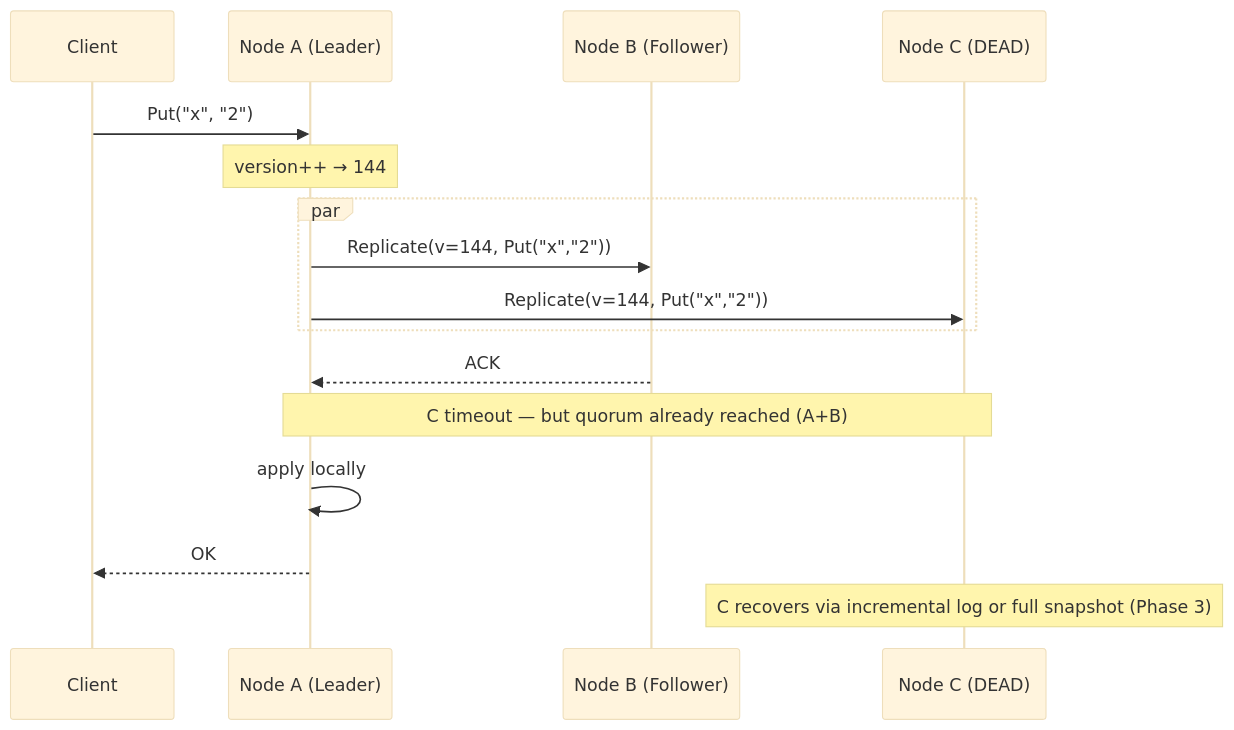
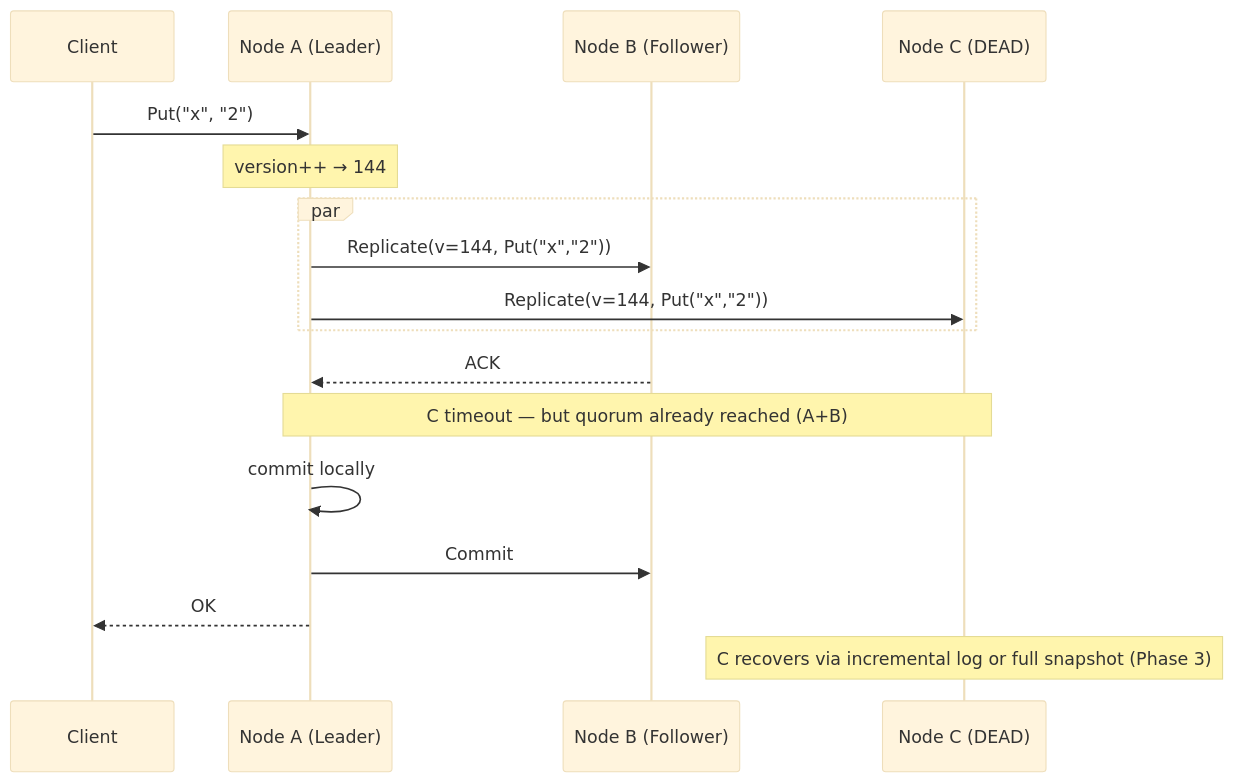
The second of 9 diagrams in docs/replication.md (davecarr1024/doki), drawn with Mermaid (base theme) before and after one commit. The commit also changed other lines of this file and 1 other file, not shown here.

Commit message:
Document append/commit replication

````diff
--- a/docs/replication.md
+++ b/docs/replication.md
@@ -65,24 +70,25 @@
 ```mermaid
 sequenceDiagram
     participant CL as Client
     participant A as Node A (Leader)
     participant B as Node B (Follower)
     participant C as Node C (DEAD)
 
     CL->>A: Put("x", "2")
     note over A: version++ → 144
 
     par
         A->>B: Replicate(v=144, Put("x","2"))
         A->>C: Replicate(v=144, Put("x","2"))
     end
 
     B-->>A: ACK
 
     note over A,C: C timeout — but quorum already reached (A+B)
 
-    A->>A: apply locally
+    A->>A: commit locally
+    A->>B: Commit
     A-->>CL: OK
 
     note over C: C recovers via incremental log or full snapshot (Phase 3)
 ```
````
